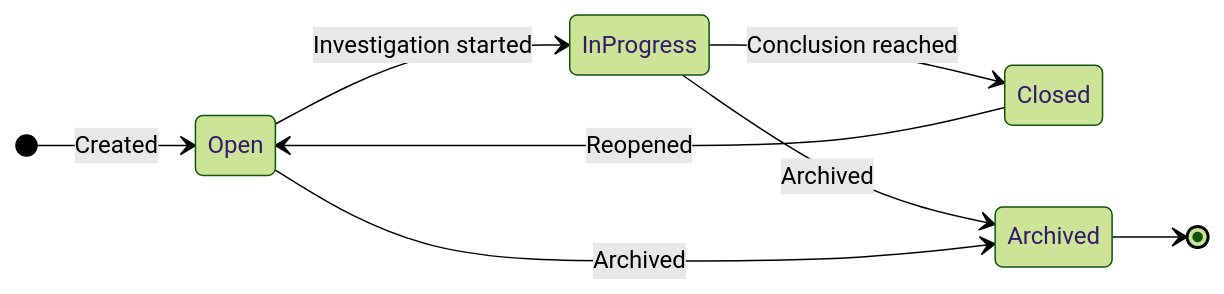
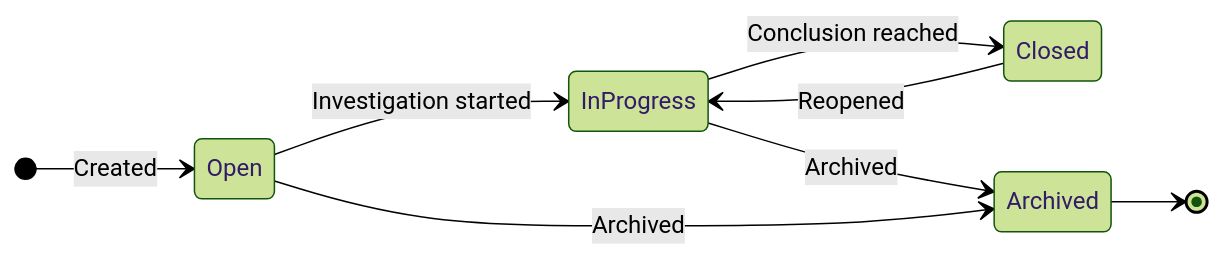
Before and after one commit to classifyre/classifyre: the diagram in apps/docs/app/investigations/cases/page.mdx, drawn with Mermaid (forest theme). The commit also changed other lines of this file and 154 other files, not shown here.

````diff
--- a/apps/docs/app/investigations/cases/page.mdx
+++ b/apps/docs/app/investigations/cases/page.mdx
@@ -51,11 +71,11 @@
 ```mermaid
 stateDiagram-v2
     direction LR
     [*] --> Open: Created
     Open --> InProgress: Investigation started
     InProgress --> Closed: Conclusion reached
-    Closed --> Open: Reopened
+    Closed --> InProgress: Reopened
     InProgress --> Archived: Archived
     Open --> Archived: Archived
     Archived --> [*]
 ```
````
